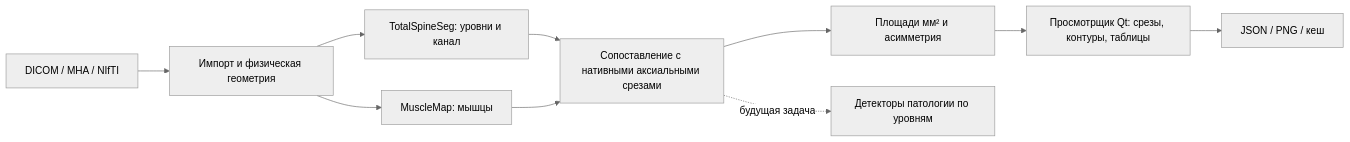
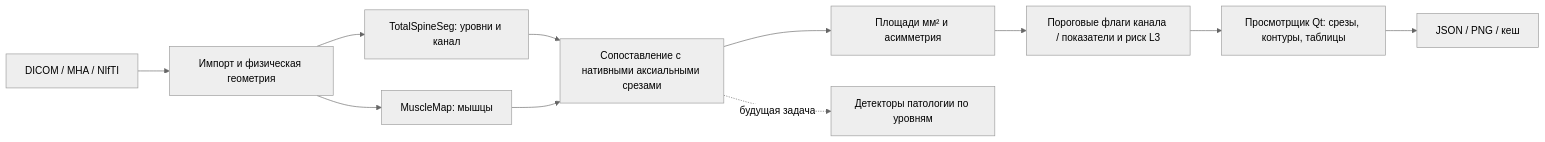
The diagram in docs/architecture_ru.md (ndreuu/SpinoSarc), drawn with Mermaid (neutral theme) before and after one commit. The commit also changed other lines of this file and 4 other files, not shown here.

````diff
--- a/docs/architecture_ru.md
+++ b/docs/architecture_ru.md
@@ -9,12 +9,13 @@
 ```mermaid
 flowchart LR
     MRI[DICOM / MHA / NIfTI] --> Geometry[Импорт и физическая геометрия]
     Geometry --> TSS[TotalSpineSeg: уровни и канал]
     Geometry --> MM[MuscleMap: мышцы]
     TSS --> Native[Сопоставление с нативными аксиальными срезами]
     MM --> Native
     Native --> Metrics[Площади мм² и асимметрия]
-    Metrics --> GUI[Просмотрщик Qt: срезы, контуры, таблицы]
+    Metrics --> Rules[Пороговые флаги канала / показатели и риск L3]
+    Rules --> GUI[Просмотрщик Qt: срезы, контуры, таблицы]
     GUI --> Output[JSON / PNG / кеш]
     Native -. будущая задача .-> Pathology[Детекторы патологии по уровням]
 ```
````
